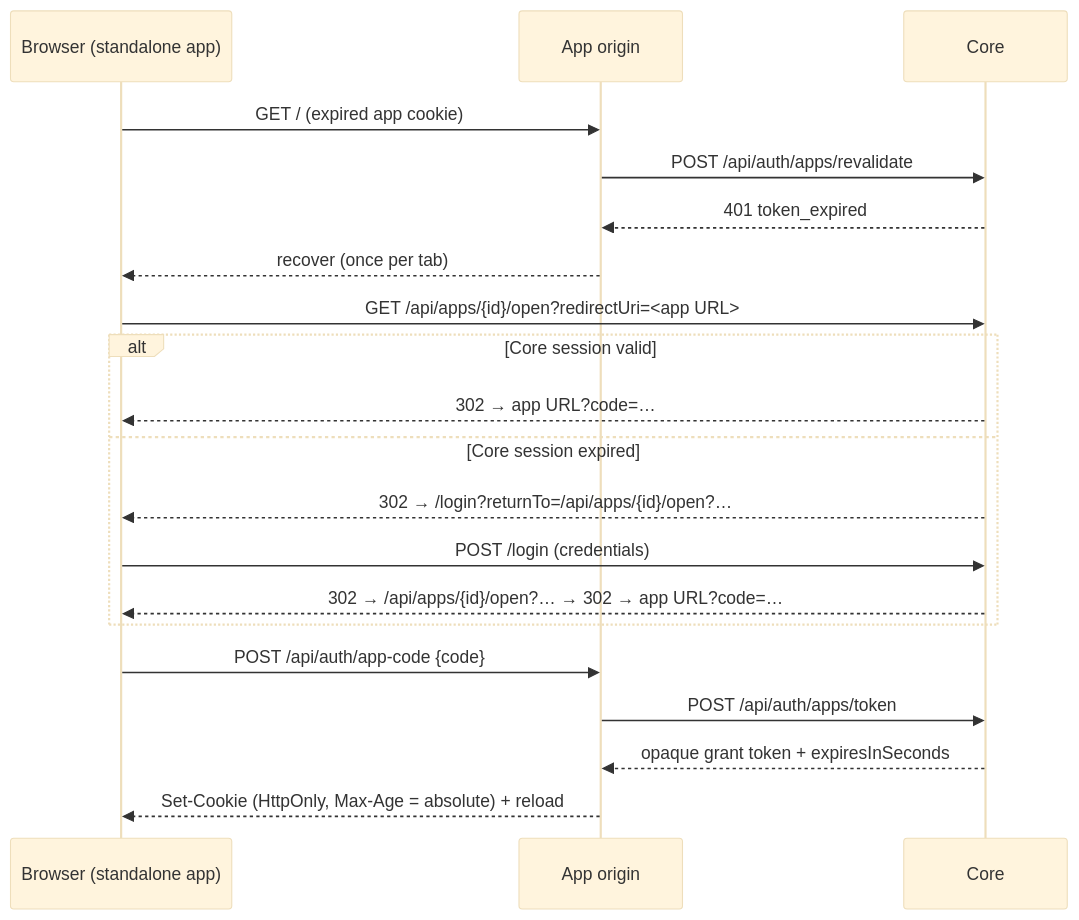
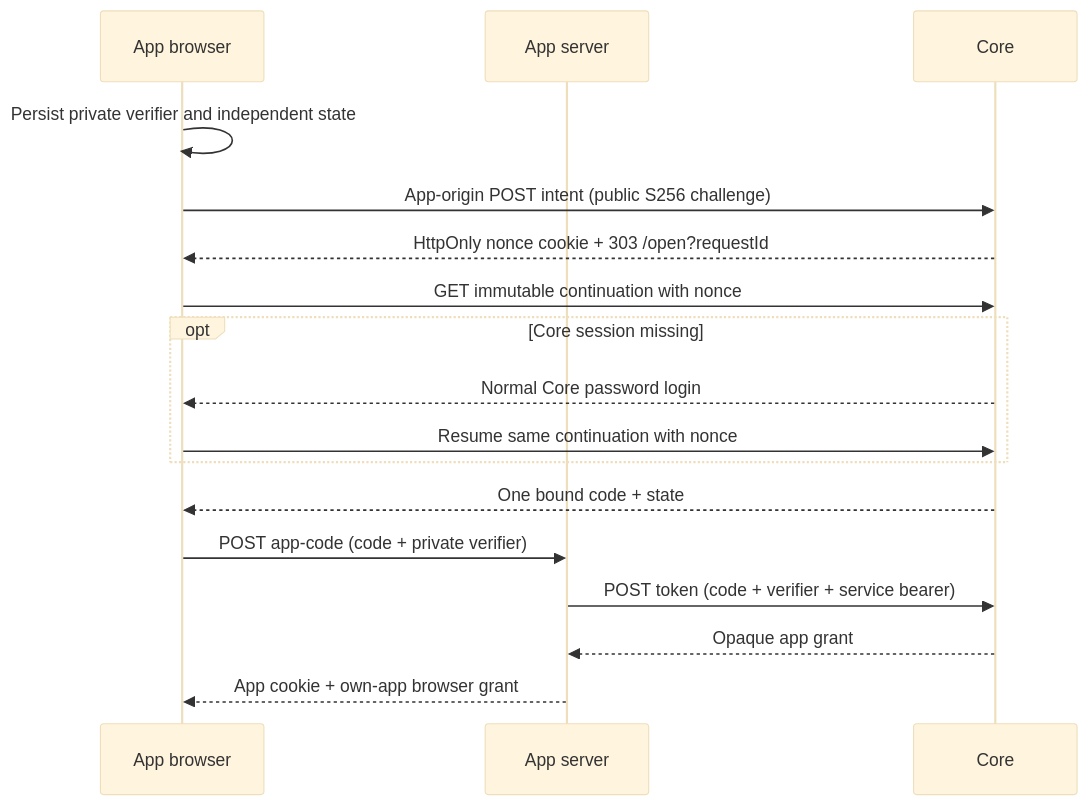
Before and after one commit to alex-de-haas/docker-host: the diagram in docs/features/auth-session-lifecycle/feature.md, drawn with Mermaid (base theme). The commit also changed other lines of this file and 113 other files, not shown here.

First line of the commit message:
feat(auth): bind app codes to origin-bound sign-in proofs

````diff
--- a/docs/features/auth-session-lifecycle/feature.md
+++ b/docs/features/auth-session-lifecycle/feature.md
@@ -167,22 +175,19 @@
 ```mermaid
 sequenceDiagram
-  participant B as Browser (standalone app)
-  participant A as App origin
+  participant B as App browser
+  participant A as App server
   participant C as Core
-  B->>A: GET / (expired app cookie)
-  A->>C: POST /api/auth/apps/revalidate
-  C-->>A: 401 token_expired
-  A-->>B: recover (once per tab)
-  B->>C: GET /api/apps/{id}/open?redirectUri=<app URL>
-  alt Core session valid
-    C-->>B: 302 → app URL?code=…
-  else Core session expired
-    C-->>B: 302 → /login?returnTo=/api/apps/{id}/open?…
-    B->>C: POST /login (credentials)
-    C-->>B: 302 → /api/apps/{id}/open?… → 302 → app URL?code=…
+  B->>B: Persist private verifier and independent state
+  B->>C: App-origin POST intent (public S256 challenge)
+  C-->>B: HttpOnly nonce cookie + 303 /open?requestId
+  B->>C: GET immutable continuation with nonce
+  opt Core session missing
+    C-->>B: Normal Core password login
+    B->>C: Resume same continuation with nonce
   end
-  B->>A: POST /api/auth/app-code {code}
-  A->>C: POST /api/auth/apps/token
-  C-->>A: opaque grant token + expiresInSeconds
-  A-->>B: Set-Cookie (HttpOnly, Max-Age = absolute) + reload
+  C-->>B: One bound code + state
+  B->>A: POST app-code (code + private verifier)
+  A->>C: POST token (code + verifier + service bearer)
+  C-->>A: Opaque app grant
+  A-->>B: App cookie + own-app browser grant
 ```
````
